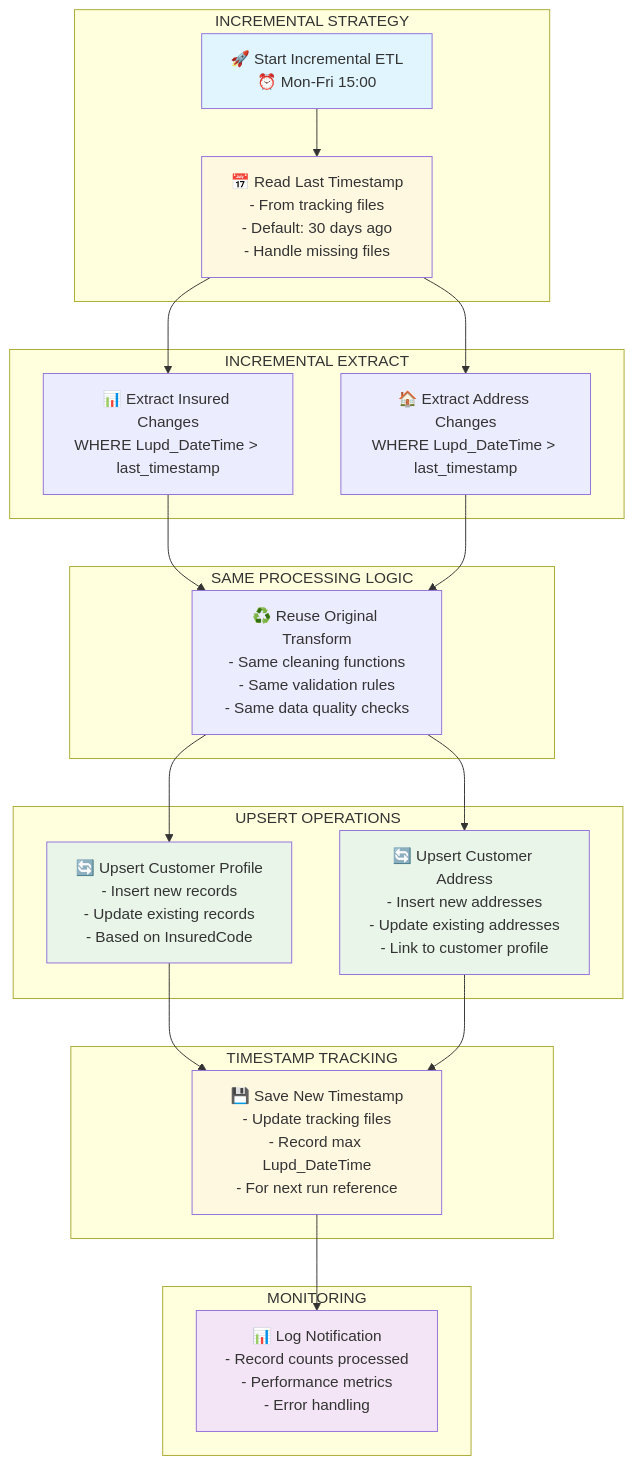
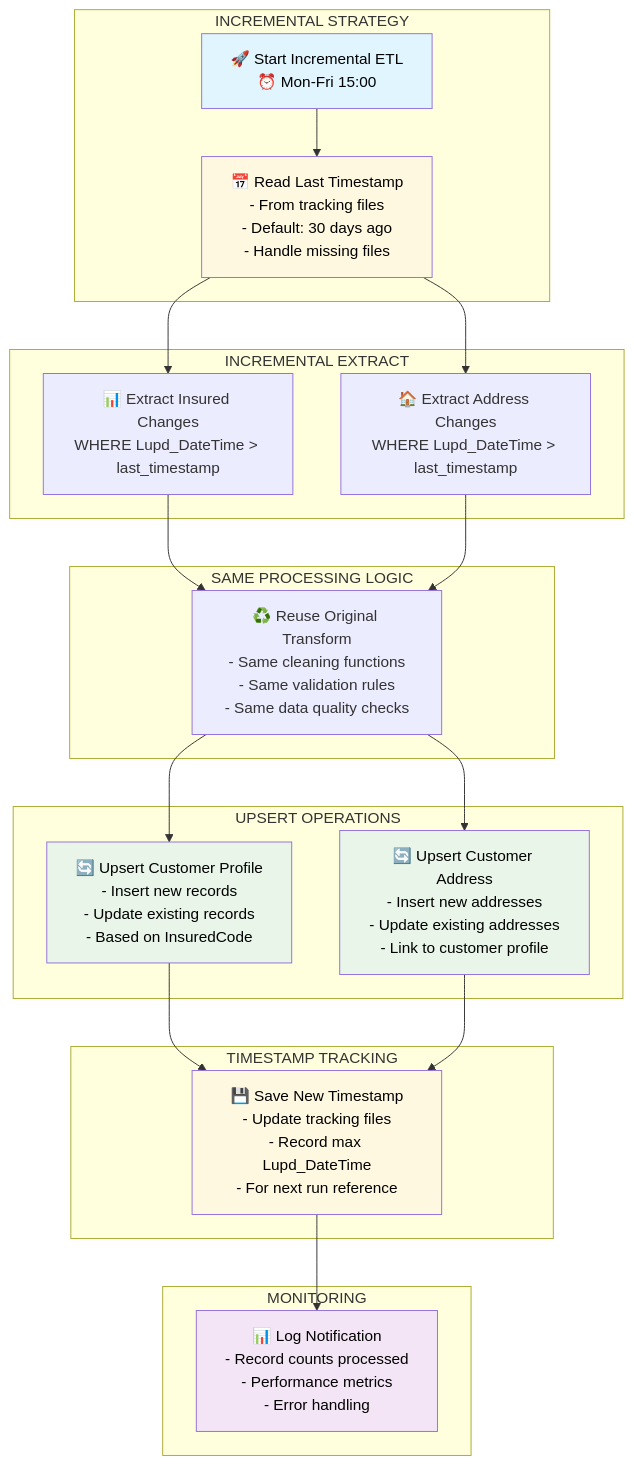
The fourth of 13 diagrams in README_CDP_PAC.md (sonphampac/ReportAI), drawn with Mermaid before and after one commit. The commit also changed other lines of this file, not shown here.

````diff
--- a/README_CDP_PAC.md
+++ b/README_CDP_PAC.md
@@ -614,48 +591,48 @@
 ```mermaid
 graph TD
     subgraph "INCREMENTAL STRATEGY"
         Start[🚀 Start Incremental ETL<br/>⏰ Mon-Fri 15:00]
         
         TS1[📅 Read Last Timestamp<br/>- From tracking files<br/>- Default: 30 days ago<br/>- Handle missing files]
     end
     
     subgraph "INCREMENTAL EXTRACT"
         E1[📊 Extract Insured Changes<br/>WHERE Lupd_DateTime > last_timestamp]
         E2[🏠 Extract Address Changes<br/>WHERE Lupd_DateTime > last_timestamp]
     end
     
     subgraph "SAME PROCESSING LOGIC"
         T1[♻️ Reuse Original Transform<br/>- Same cleaning functions<br/>- Same validation rules<br/>- Same data quality checks]
     end
     
     subgraph "UPSERT OPERATIONS"
         U1[🔄 Upsert Customer Profile<br/>- Insert new records<br/>- Update existing records<br/>- Based on InsuredCode]
         U2[🔄 Upsert Customer Address<br/>- Insert new addresses<br/>- Update existing addresses<br/>- Link to customer profile]
     end
     
     subgraph "TIMESTAMP TRACKING"
         TS2[💾 Save New Timestamp<br/>- Update tracking files<br/>- Record max Lupd_DateTime<br/>- For next run reference]
     end
     
     subgraph "MONITORING"
         M1[📊 Log Notification<br/>- Record counts processed<br/>- Performance metrics<br/>- Error handling]
     end
     
     Start --> TS1
     TS1 --> E1
     TS1 --> E2
     E1 --> T1
     E2 --> T1
     T1 --> U1
     T1 --> U2
     U1 --> TS2
     U2 --> TS2
     TS2 --> M1
     
-    style Start fill:#e1f5fe
-    style TS1 fill:#fff8e1
-    style TS2 fill:#fff8e1
-    style U1 fill:#e8f5e8
-    style U2 fill:#e8f5e8
-    style M1 fill:#f3e5f5
+    style Start fill:#e1f5fe,color:#000000
+    style TS1 fill:#fff8e1,color:#000000
+    style TS2 fill:#fff8e1,color:#000000
+    style U1 fill:#e8f5e8,color:#000000
+    style U2 fill:#e8f5e8,color:#000000
+    style M1 fill:#f3e5f5,color:#000000
 ```
````
